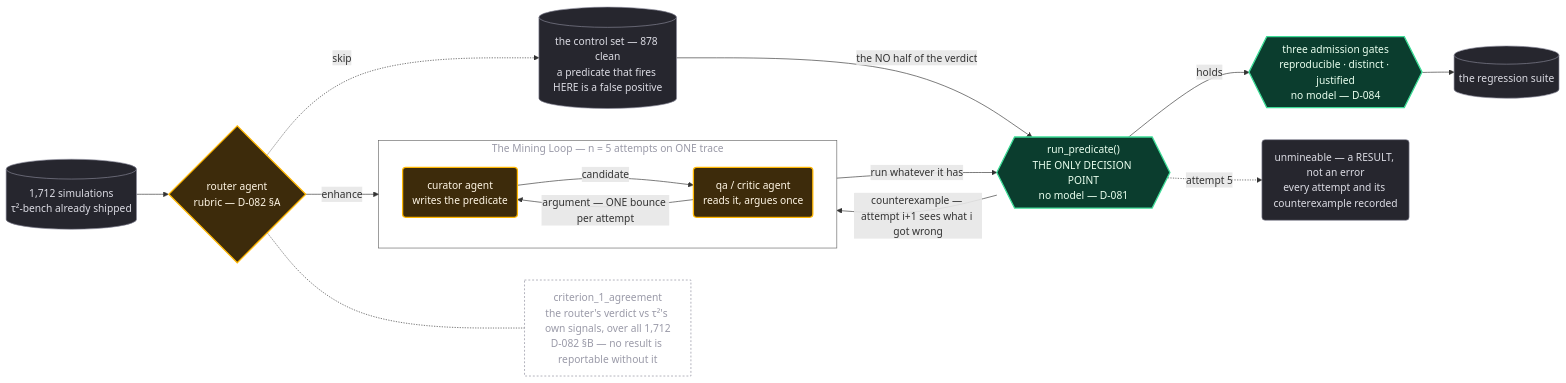
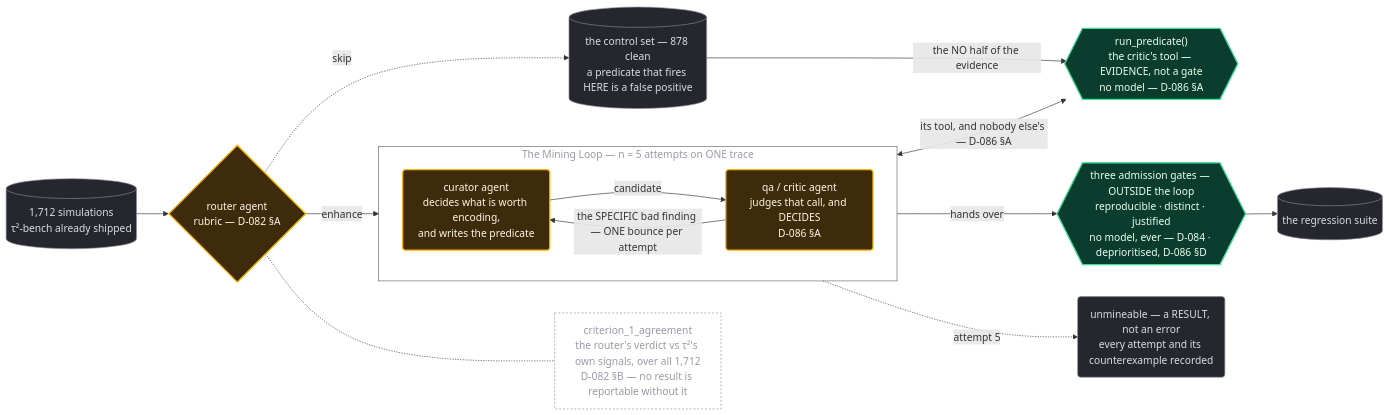
One commit to sandeepyadav1478/touchstone changed the diagram in diagrams/agents.mmd. Above: the diagram before and after it, drawn with Mermaid. The commit also changed 6 other files, not shown here.

First line of the commit message:
D-086: the critic decides, the rubric gets criteria, admission leaves the loop

```diff
--- a/diagrams/agents.mmd
+++ b/diagrams/agents.mmd
@@ -1,45 +1,44 @@
-%% touchstone — the mining loop's three agents, and the one thing that decides. D-082.
-%% The chain is fixed by D-082 §D: router -> curator <-> critic -> run_predicate -> admission -> suite.
-%% Every green node is mechanical. No green node holds a model, and no other node decides anything.
+%% touchstone — the mining loop's three agents, and where the decision sits. D-082, D-086.
+%% The chain: router -> curator <-> critic <-> run_predicate, then critic -> admission -> suite.
+%% Every green node is mechanical. D-086: run_predicate is EVIDENCE the critic reads, not a gate.
 flowchart LR
 
   IN[("1,712 simulations<br/>τ²-bench already shipped")]
   ROUTER{"router agent<br/>rubric — D-082 §A"}
 
   subgraph LOOP["The Mining Loop — n = 5 attempts on ONE trace"]
     direction LR
-    CURATOR("curator agent<br/>writes the predicate")
-    CRITIC("qa / critic agent<br/>reads it, argues once")
+    CURATOR("curator agent<br/>decides what is worth encoding,<br/>and writes the predicate")
+    CRITIC("qa / critic agent<br/>judges that call, and DECIDES<br/>D-086 §A")
     CURATOR -- "candidate" --> CRITIC
-    CRITIC -- "argument — ONE bounce per attempt" --> CURATOR
+    CRITIC -- "the SPECIFIC bad finding — ONE bounce per attempt" --> CURATOR
   end
 
-  TEST{{"run_predicate()<br/>THE ONLY DECISION POINT<br/>no model — D-081"}}
-  ADMIT{{"three admission gates<br/>reproducible · distinct · justified<br/>no model — D-084"}}
+  TEST{{"run_predicate()<br/>the critic's tool — EVIDENCE, not a gate<br/>no model — D-086 §A"}}
+  ADMIT{{"three admission gates — OUTSIDE the loop<br/>reproducible · distinct · justified<br/>no model, ever — D-084 · deprioritised, D-086 §D"}}
   SUITE[("the regression suite")]
   CONTROL[("the control set — 878 clean<br/>a predicate that fires HERE is a false positive")]
   UNMINED("unmineable — a RESULT, not an error<br/>every attempt and its counterexample recorded")
   CAL["criterion_1_agreement<br/>the router's verdict vs τ²'s own signals, over all 1,712<br/>D-082 §B — no result is reportable without it"]
 
   IN --> ROUTER
   ROUTER -- "enhance" --> CURATOR
   ROUTER -. "skip" .-> CONTROL
-  CRITIC -- "run whatever it has" --> TEST
-  TEST -- "counterexample — attempt i+1 sees what i got wrong" --> CURATOR
-  CONTROL -- "the NO half of the verdict" --> TEST
-  TEST -- "holds" --> ADMIT
-  TEST -. "attempt 5" .-> UNMINED
+  CRITIC <-- "its tool, and nobody else's — D-086 §A" --> TEST
+  CONTROL -- "the NO half of the evidence" --> TEST
+  CRITIC -- "hands over" --> ADMIT
+  CRITIC -. "attempt 5" .-> UNMINED
   ADMIT --> SUITE
   ROUTER -.- CAL
 
   classDef agent fill:#3d2b0b,stroke:#ffb703,stroke-width:2px,color:#fff6e5
   classDef mech  fill:#0b3d2e,stroke:#3ddc97,stroke-width:2px,color:#eaffef
   classDef data  fill:#26262e,stroke:#8a8a99,color:#dcdce4
   classDef note  fill:none,stroke:#8a8a99,stroke-dasharray:3 3,color:#9a9aa8
   classDef box   fill:none,stroke:#666,color:#9a9aa8
 
   class ROUTER,CURATOR,CRITIC agent
   class TEST,ADMIT mech
   class IN,SUITE,CONTROL,UNMINED data
   class CAL note
   class LOOP box
```
